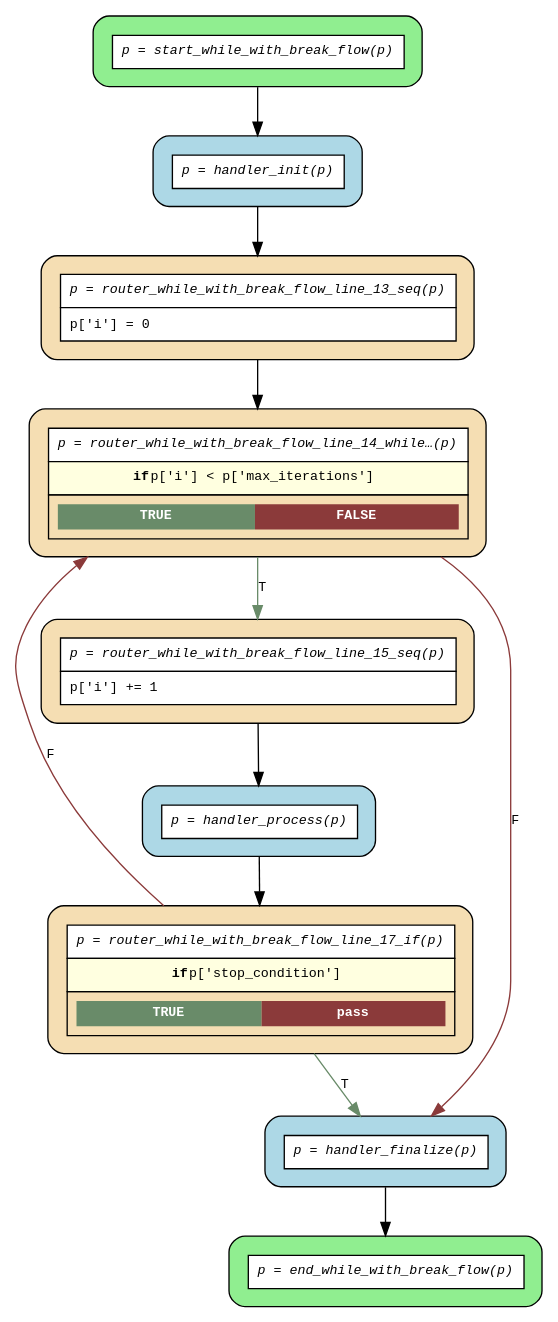
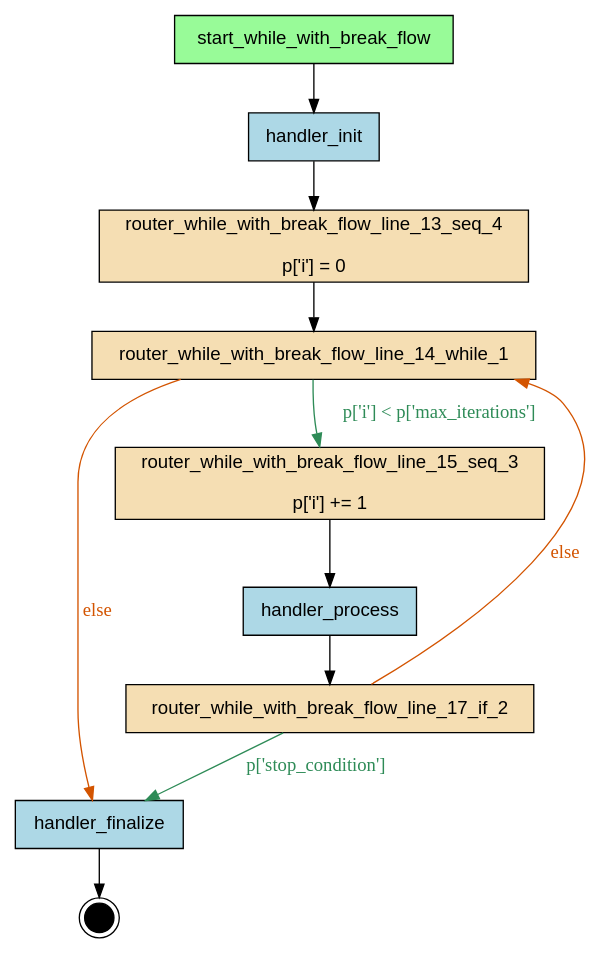
The diagram in examples/flows/compiled/while_with_break/flow.dot (deliveryhero/asya), drawn with Graphviz before and after one commit. The commit also changed 413 other files, not shown here.

First line of the commit message:
refactor(compiler): Phase 1 — replace ir/grouper/dotgen with analyzer/graphgen (#337)

```diff
--- a/examples/flows/compiled/while_with_break/flow.dot
+++ b/examples/flows/compiled/while_with_break/flow.dot
@@ -1,27 +1,28 @@
-digraph flow {
-  rankdir=TB;
-  graph [fontname="Courier", fontsize=10];
-  node [fontname="Courier", fontsize=10, shape=box, style="filled,rounded", margin="0.2"];
-  edge [fontname="Courier", fontsize=10];
+digraph "while_with_break_flow" {
+    rankdir=TB;
+    node [shape=box, style=filled, fontname="Helvetica"];
 
-  start_while_with_break_flow [fillcolor="lightgreen", group="main", label=<<table border="0" cellspacing="0" cellpadding="6" cellborder="1"><tr><td bgcolor="white" align="center"><i>p = start_while_with_break_flow(p)</i></td></tr></table>>];
-  router_while_with_break_flow_line_17_if [fillcolor="wheat", group="main", label=<<table border="0" cellspacing="0" cellpadding="6" cellborder="1"><tr><td bgcolor="white" align="center"><i>p = router_while_with_break_flow_line_17_if(p)</i></td></tr><tr><td bgcolor="lightyellow"><b>if</b> p['stop_condition']</td></tr><tr><td><table border="0" cellspacing="0" cellpadding="4"><tr><td bgcolor="darkseagreen4"><font color="white"><b>TRUE</b></font></td><td bgcolor="indianred4"><font color="white"><b>pass</b></font></td></tr></table></td></tr></table>>];
-  router_while_with_break_flow_line_15_seq [fillcolor="wheat", group="main", label=<<table border="0" cellspacing="0" cellpadding="6" cellborder="1"><tr><td bgcolor="white" align="center"><i>p = router_while_with_break_flow_line_15_seq(p)</i></td></tr><tr><td bgcolor="white" align="left">p['i'] += 1</td></tr></table>>];
-  router_while_with_break_flow_line_14_while_0 [fillcolor="wheat", group="main", label=<<table border="0" cellspacing="0" cellpadding="6" cellborder="1"><tr><td bgcolor="white" align="center"><i>p = router_while_with_break_flow_line_14_while…(p)</i></td></tr><tr><td bgcolor="lightyellow"><b>if</b> p['i'] &lt; p['max_iterations']</td></tr><tr><td><table border="0" cellspacing="0" cellpadding="4"><tr><td bgcolor="darkseagreen4"><font color="white"><b>TRUE</b></font></td><td bgcolor="indianred4"><font color="white"><b>FALSE</b></font></td></tr></table></td></tr></table>>];
-  router_while_with_break_flow_line_13_seq [fillcolor="wheat", group="main", label=<<table border="0" cellspacing="0" cellpadding="6" cellborder="1"><tr><td bgcolor="white" align="center"><i>p = router_while_with_break_flow_line_13_seq(p)</i></td></tr><tr><td bgcolor="white" align="left">p['i'] = 0</td></tr></table>>];
-  end_while_with_break_flow [fillcolor="lightgreen", group="main", label=<<table border="0" cellspacing="0" cellpadding="6" cellborder="1"><tr><td bgcolor="white" align="center"><i>p = end_while_with_break_flow(p)</i></td></tr></table>>];
-  handler_finalize [fillcolor="lightblue", label=<<table border="0" cellspacing="0" cellpadding="6" cellborder="1"><tr><td bgcolor="white" align="center"><i>p = handler_finalize(p)</i></td></tr></table>>];
-  handler_init [fillcolor="lightblue", label=<<table border="0" cellspacing="0" cellpadding="6" cellborder="1"><tr><td bgcolor="white" align="center"><i>p = handler_init(p)</i></td></tr></table>>];
-  handler_process [fillcolor="lightblue", label=<<table border="0" cellspacing="0" cellpadding="6" cellborder="1"><tr><td bgcolor="white" align="center"><i>p = handler_process(p)</i></td></tr></table>>];
+    { rank=source; start_while_with_break_flow; }
 
-  handler_finalize -> end_while_with_break_flow;
-  handler_init -> router_while_with_break_flow_line_13_seq;
-  handler_process -> router_while_with_break_flow_line_17_if;
-  router_while_with_break_flow_line_13_seq -> router_while_with_break_flow_line_14_while_0;
-  router_while_with_break_flow_line_14_while_0 -> handler_finalize [label="F", color=indianred4];
-  router_while_with_break_flow_line_14_while_0 -> router_while_with_break_flow_line_15_seq [label="T", color=darkseagreen4];
-  router_while_with_break_flow_line_15_seq -> handler_process;
-  router_while_with_break_flow_line_17_if -> handler_finalize [label="T", color=darkseagreen4];
-  router_while_with_break_flow_line_17_if -> router_while_with_break_flow_line_14_while_0 [label="F", color=indianred4, constraint=false];
-  start_while_with_break_flow -> handler_init;
+    handler_finalize [label="handler_finalize", fillcolor=lightblue];
+    handler_init [label="handler_init", fillcolor=lightblue];
+    handler_process [label="handler_process", fillcolor=lightblue];
+    router_while_with_break_flow_line_13_seq_4 [label="router_while_with_break_flow_line_13_seq_4\n\np['i'] = 0", fillcolor=wheat];
+    router_while_with_break_flow_line_14_while_1 [label="router_while_with_break_flow_line_14_while_1", fillcolor=wheat];
+    router_while_with_break_flow_line_15_seq_3 [label="router_while_with_break_flow_line_15_seq_3\n\np['i'] += 1", fillcolor=wheat];
+    router_while_with_break_flow_line_17_if_2 [label="router_while_with_break_flow_line_17_if_2", fillcolor=wheat];
+    start_while_with_break_flow [label="start_while_with_break_flow", fillcolor=palegreen];
+
+    __end__ [label="", shape=doublecircle, fillcolor=black, width=0.3, fixedsize=true];
+
+    start_while_with_break_flow -> handler_init;
+    handler_init -> router_while_with_break_flow_line_13_seq_4;
+    router_while_with_break_flow_line_17_if_2 -> handler_finalize [label="p['stop_condition']", color="#2E8B57", fontcolor="#2E8B57"];
+    router_while_with_break_flow_line_15_seq_3 -> handler_process;
+    handler_process -> router_while_with_break_flow_line_17_if_2;
+    router_while_with_break_flow_line_14_while_1 -> router_while_with_break_flow_line_15_seq_3 [label="p['i'] < p['max_iterations']", color="#2E8B57", fontcolor="#2E8B57"];
+    router_while_with_break_flow_line_14_while_1 -> handler_finalize [label="else", color="#D35400", fontcolor="#D35400"];
+    router_while_with_break_flow_line_13_seq_4 -> router_while_with_break_flow_line_14_while_1;
+    router_while_with_break_flow_line_17_if_2 -> router_while_with_break_flow_line_14_while_1 [label="else", color="#D35400", fontcolor="#D35400"];
+    handler_finalize -> __end__;
 }
```
